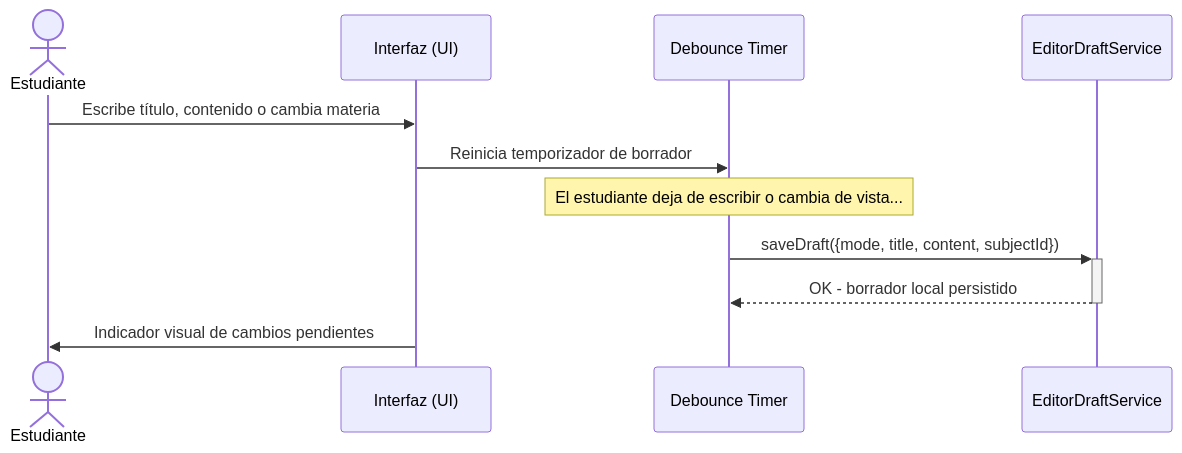
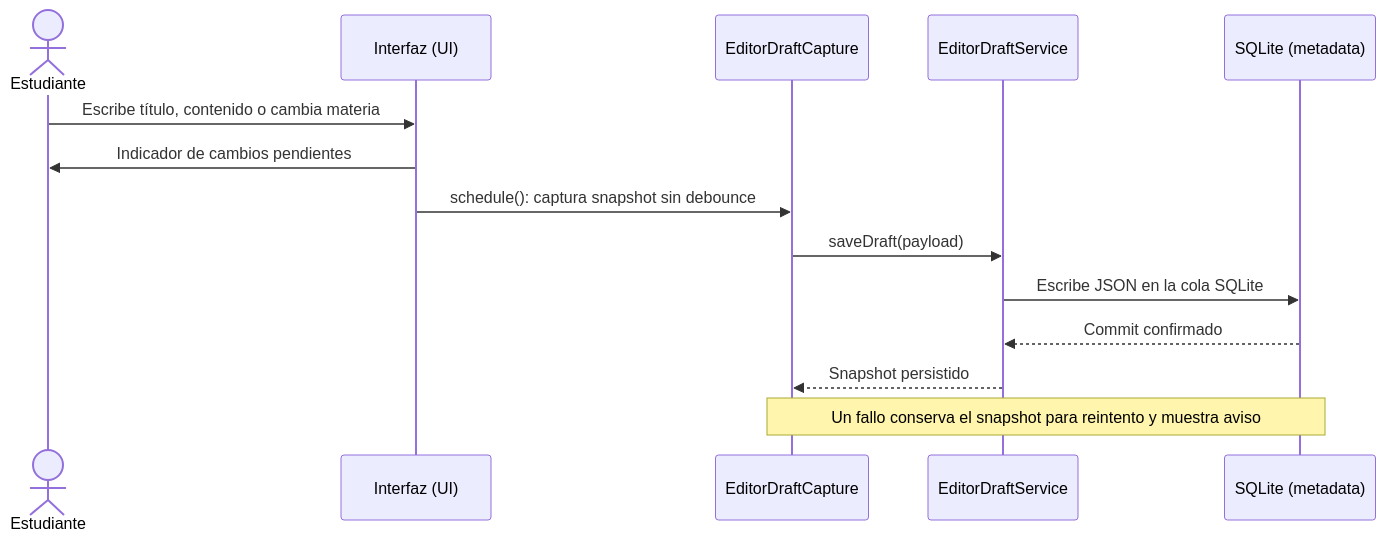
Before and after one commit to jdfesa/lumapse: the second of 5 diagrams in docs/diagramas/secuencia-crear-nota.md, drawn with Mermaid. The commit also changed other lines of this file and 14 other files, not shown here.

````diff
--- a/docs/diagramas/secuencia-crear-nota.md
+++ b/docs/diagramas/secuencia-crear-nota.md
@@ -41,16 +52,17 @@
 ```mermaid
 sequenceDiagram
     actor EST as Estudiante
     participant UI as Interfaz (UI)
-    participant TIMER as Debounce Timer
+    participant CAPTURE as EditorDraftCapture
     participant DRAFT as EditorDraftService
+    participant DB as SQLite (metadata)
 
     EST ->> UI: Escribe título, contenido o cambia materia
-    UI ->> TIMER: Reinicia temporizador de borrador
-
-    Note over TIMER: El estudiante deja de escribir o cambia de vista...
-
-    TIMER ->>+ DRAFT: saveDraft({mode, title, content, subjectId})
-    DRAFT -->>- TIMER: OK - borrador local persistido
-    UI ->> EST: Indicador visual de cambios pendientes
+    UI ->> EST: Indicador de cambios pendientes
+    UI ->> CAPTURE: schedule(): captura snapshot sin debounce
+    CAPTURE ->> DRAFT: saveDraft(payload)
+    DRAFT ->> DB: Escribe JSON en la cola SQLite
+    DB -->> DRAFT: Commit confirmado
+    DRAFT -->> CAPTURE: Snapshot persistido
+    Note over CAPTURE,DB: Un fallo conserva el snapshot para reintento y muestra aviso
 ```
````
